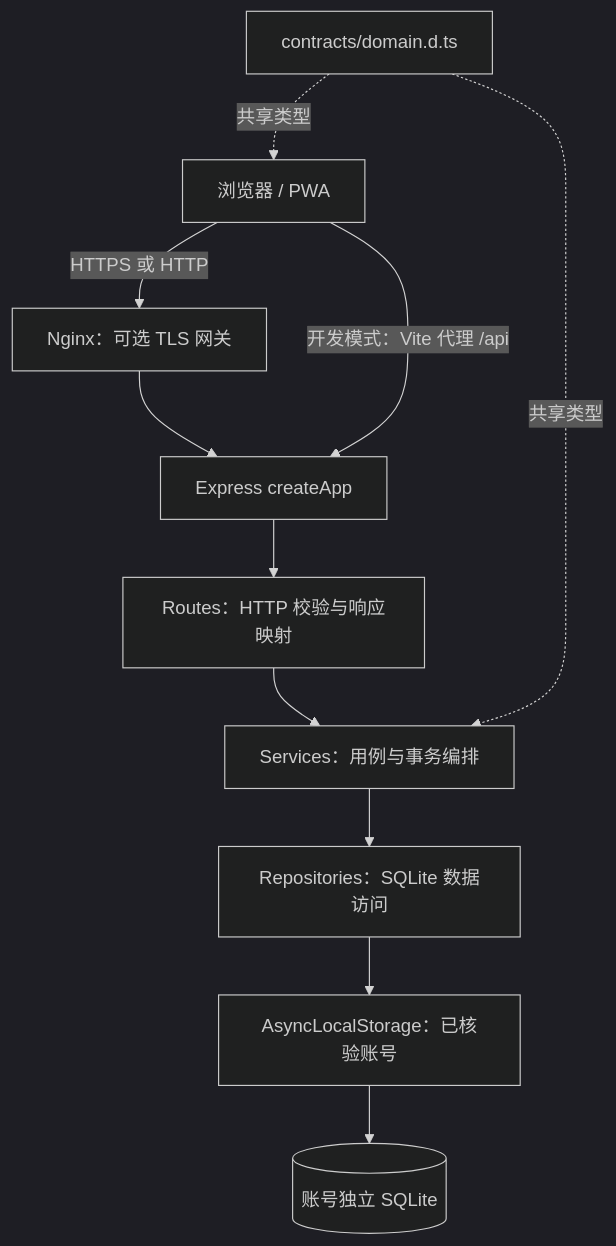
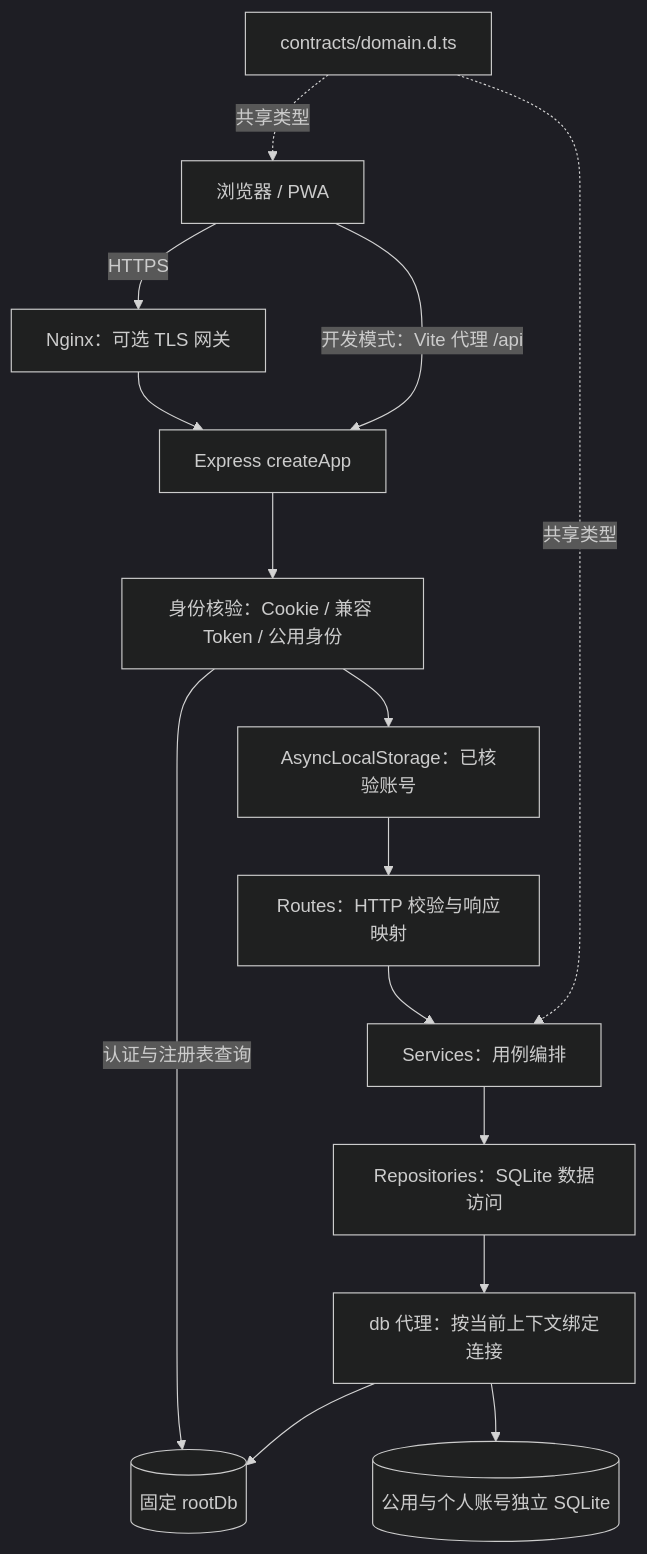
The diagram in docs/architecture.md (Joe8286312/sacred-focus), drawn with Mermaid (dark theme) before and after one commit. The commit also changed other lines of this file and 12 other files, not shown here.

````diff
--- a/docs/architecture.md
+++ b/docs/architecture.md
@@ -7,13 +9,17 @@
 ```mermaid
 flowchart TD
-  Browser[浏览器 / PWA] -->|HTTPS 或 HTTP| Gateway[Nginx：可选 TLS 网关]
+  Browser[浏览器 / PWA] -->|HTTPS| Gateway[Nginx：可选 TLS 网关]
   Gateway --> App[Express createApp]
   Browser -->|开发模式：Vite 代理 /api| App
-  App --> Routes[Routes：HTTP 校验与响应映射]
-  Routes --> Services[Services：用例与事务编排]
+  App --> Identity[身份核验：Cookie / 兼容 Token / 公用身份]
+  Identity -->|认证与注册表查询| Root[(固定 rootDb)]
+  Identity --> Scope[AsyncLocalStorage：已核验账号]
+  Scope --> Routes[Routes：HTTP 校验与响应映射]
+  Routes --> Services[Services：用例编排]
   Services --> Repositories[Repositories：SQLite 数据访问]
-  Repositories --> Scope[AsyncLocalStorage：已核验账号]
-  Scope --> SQLite[(账号独立 SQLite)]
+  Repositories --> DB[db 代理：按当前上下文绑定连接]
+  DB --> Root
+  DB --> Accounts[(公用与个人账号独立 SQLite)]
   Contracts[contracts/domain.d.ts] -.共享类型.-> Browser
   Contracts -.共享类型.-> Services
 ```
````
